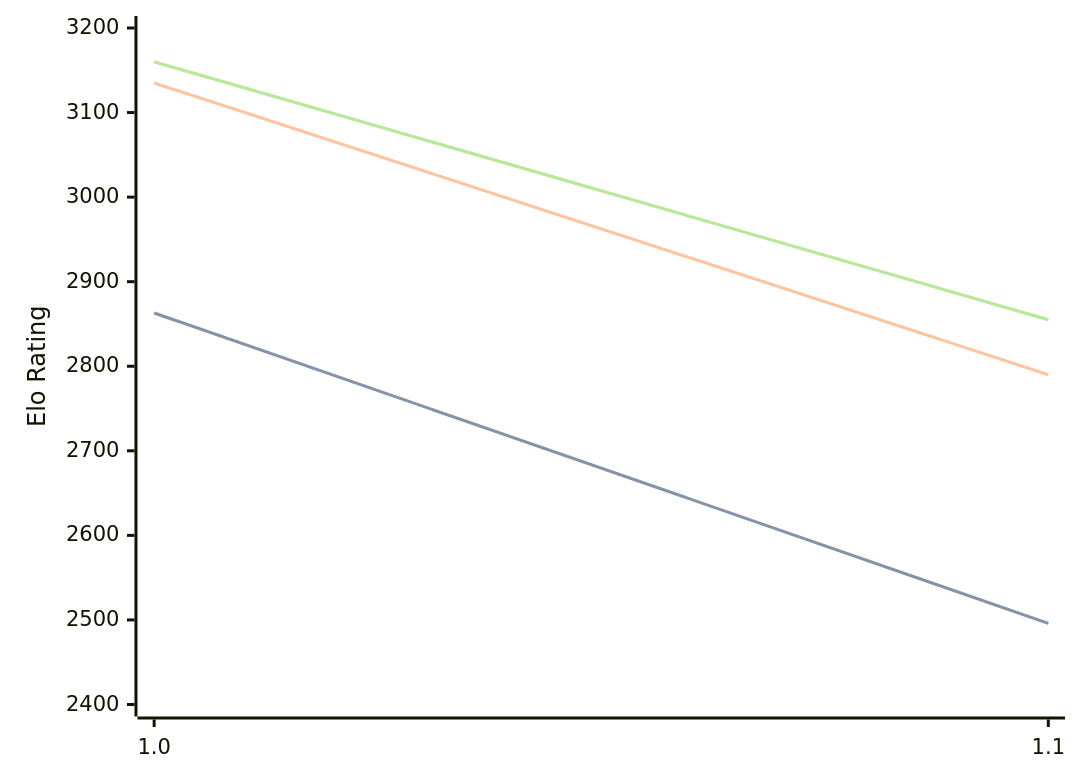
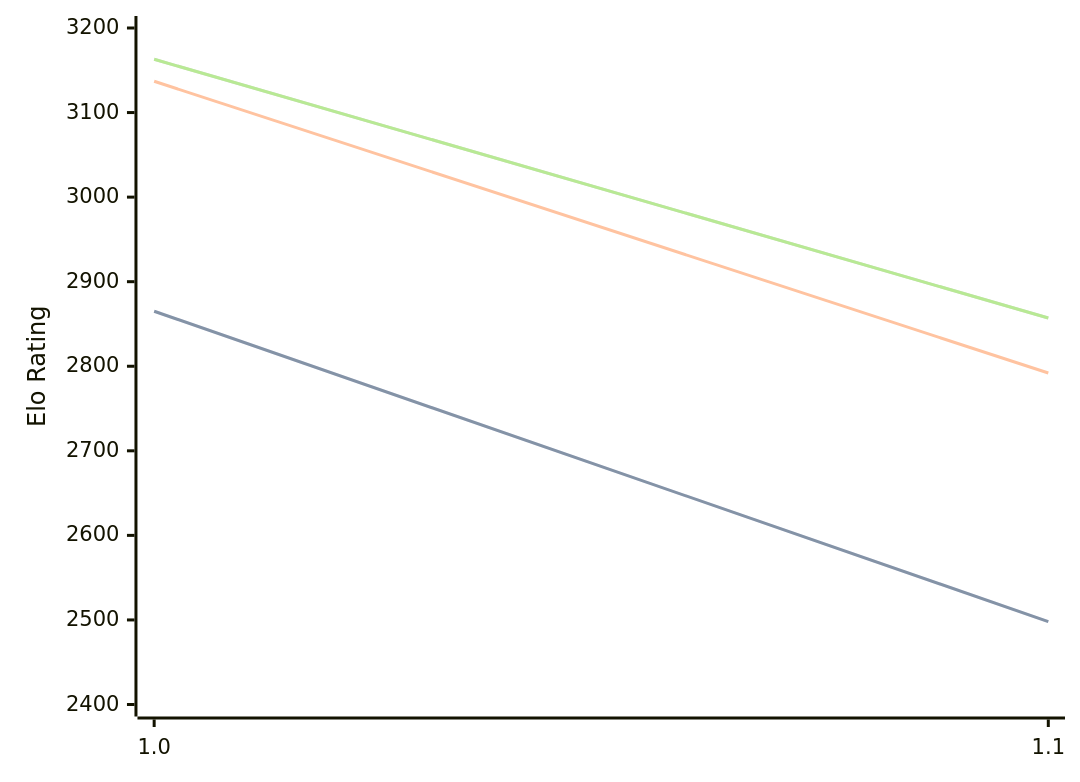
Before and after one commit to computer-chess-index/cci: the diagram in engines/Publius.md, drawn with Mermaid. The commit also changed other lines of this file, not shown here.

Commit message:
Update CCI Ratings (ELO VLTC) - 2026-04-11

````diff
--- a/engines/Publius.md
+++ b/engines/Publius.md
@@ -32,11 +32,11 @@
 ```mermaid
 %%{init: {"theme":"base","themeVariables":{"seriesColors:['#a3a3a3','#222221','#faa371']}}}%%
 xychart-beta
   x-axis ["1.0", "1.1"]
   y-axis "Elo Rating" 2400 --> 3200
-  line "STC (8.0+0.08s)" [2863, 2496]
-  line "STC (8.0+0.08s)" [2863, 2496]
-  line "LTC (60.0+0.60s)" [3135, 2790]
-  line "VLTC (2m24s+1.12s)" [3160, 2855]
-  line "VLTC (2m24s+1.12s)" [3160, 2855]
+  line "STC (8.0+0.08s)" [2865, 2498]
+  line "STC (8.0+0.08s)" [2865, 2498]
+  line "LTC (60.0+0.60s)" [3137, 2792]
+  line "VLTC (2m24s+1.12s)" [3163, 2857]
+  line "VLTC (2m24s+1.12s)" [3163, 2857]
 ```
````
